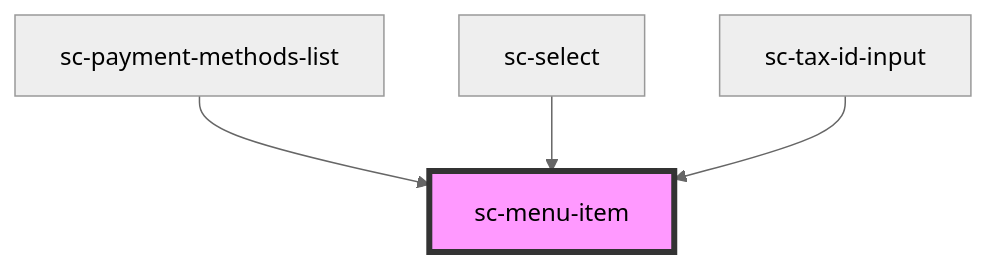
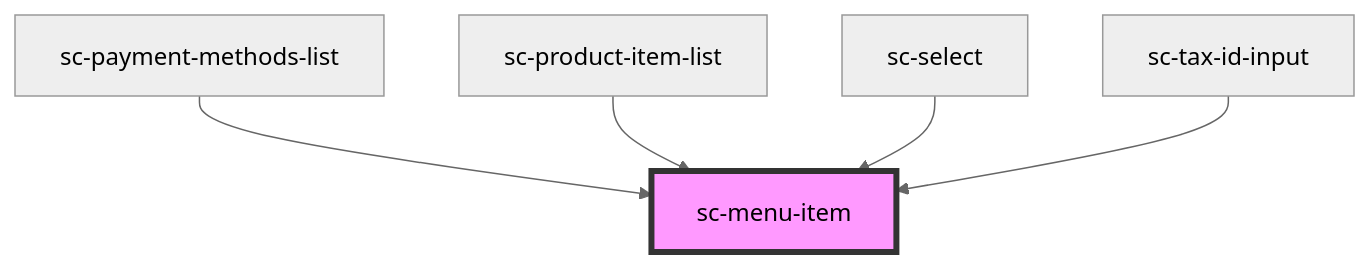
Before and after one commit to surecart/surecart-wp-plugin: the diagram in packages/components/src/components/ui/menu-item/readme.md, drawn with Mermaid (neutral theme). The commit also changed other lines of this file and 45 other files, not shown here.

````diff
--- a/packages/components/src/components/ui/menu-item/readme.md
+++ b/packages/components/src/components/ui/menu-item/readme.md
@@ -59,7 +60,8 @@
 ```mermaid
 graph TD;
   sc-payment-methods-list --> sc-menu-item
+  sc-product-item-list --> sc-menu-item
   sc-select --> sc-menu-item
   sc-tax-id-input --> sc-menu-item
   style sc-menu-item fill:#f9f,stroke:#333,stroke-width:4px
 ```
````
